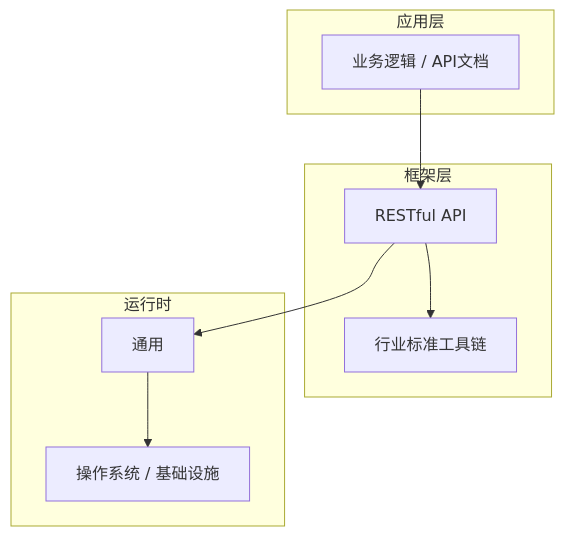
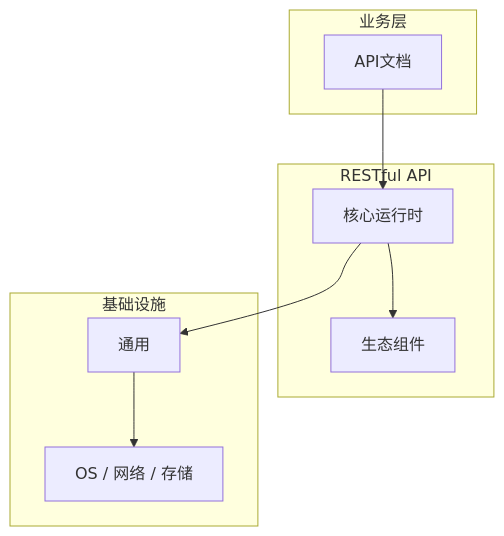
One commit to yanggan2015/knowledge-json-v2 changed the diagram in articles/RESTful API/chapters/067-API文档核心概念与原理.md. Above: the diagram before and after it, drawn with Mermaid. The commit also changed other lines of this file and 10127 other files, not shown here.

````diff
--- a/articles/RESTful API/chapters/067-API文档核心概念与原理.md
+++ b/articles/RESTful API/chapters/067-API文档核心概念与原理.md
@@ -45,18 +34,18 @@
 ```mermaid
 graph TB
-    subgraph 应用层
-        A[业务逻辑 / API文档]
+    subgraph 业务层
+        A[API文档]
     end
-    subgraph 框架层
-        B[RESTful API]
-        C[行业标准工具链]
+    subgraph RESTful API
+        B[核心运行时]
+        C[生态组件]
     end
-    subgraph 运行时
+    subgraph 基础设施
         D[通用]
-        E[操作系统 / 基础设施]
+        E[OS / 网络 / 存储]
     end
     A --> B
     B --> C
     B --> D
     D --> E
 ```
````
